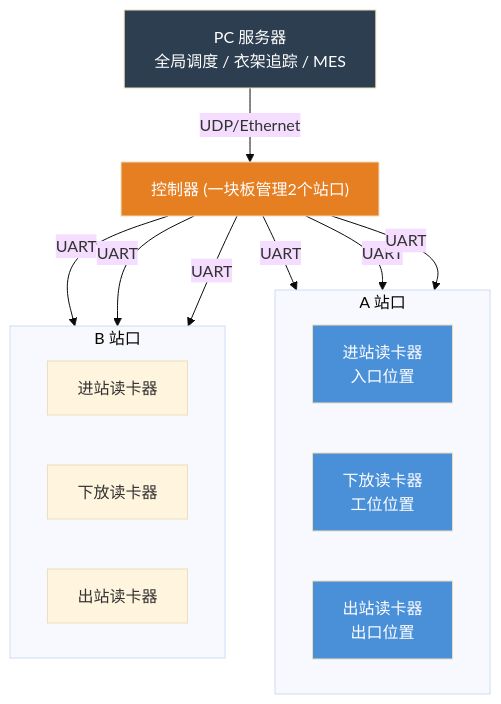
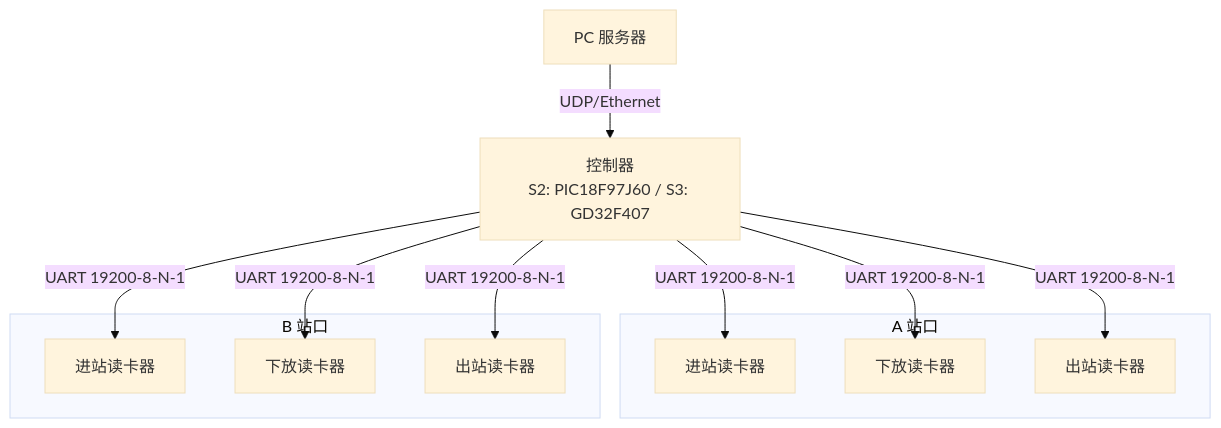
One commit to Siaiai/ObsidianNote changed the first of 10 diagrams in 工作/SR3读卡器/260802SR3读卡器需求.md. Above: the diagram before and after it, drawn with Mermaid (base theme). The commit also changed other lines of this file, not shown here.

````diff
--- a/工作/SR3读卡器/260802SR3读卡器需求.md
+++ b/工作/SR3读卡器/260802SR3读卡器需求.md
@@ -33,35 +39,27 @@
 ```mermaid
 flowchart TB
-    PC["PC 服务器<br/>全局调度 / 衣架追踪 / MES"]
+    PC["PC 服务器"]
 
-    Ctrl["控制器 (一块板管理2个站口)"]
+    Ctrl["控制器<br/>S2: PIC18F97J60 / S3: GD32F407"]
 
     PC -->|"UDP/Ethernet"| Ctrl
 
     subgraph SA["A 站口"]
-        direction LR
-        A_In["进站读卡器<br/>入口位置"]
-        A_Store["下放读卡器<br/>工位位置"]
-        A_Out["出站读卡器<br/>出口位置"]
+        A_In["进站读卡器"]
+        A_Store["下放读卡器"]
+        A_Out["出站读卡器"]
     end
 
     subgraph SB["B 站口"]
-        direction LR
         B_In["进站读卡器"]
         B_Store["下放读卡器"]
         B_Out["出站读卡器"]
     end
 
-    Ctrl -->|"UART"| A_In
-    Ctrl -->|"UART"| A_Store
-    Ctrl -->|"UART"| A_Out
-    Ctrl -->|"UART"| B_In
-    Ctrl -->|"UART"| B_Store
-    Ctrl -->|"UART"| B_Out
-
-    style A_In fill:#4A90D9,color:#fff
-    style A_Store fill:#4A90D9,color:#fff
-    style A_Out fill:#4A90D9,color:#fff
-    style PC fill:#2C3E50,color:#fff
-    style Ctrl fill:#E67E22,color:#fff
+    Ctrl -->|"UART 19200-8-N-1"| A_In
+    Ctrl -->|"UART 19200-8-N-1"| A_Store
+    Ctrl -->|"UART 19200-8-N-1"| A_Out
+    Ctrl -->|"UART 19200-8-N-1"| B_In
+    Ctrl -->|"UART 19200-8-N-1"| B_Store
+    Ctrl -->|"UART 19200-8-N-1"| B_Out
 ```
````
